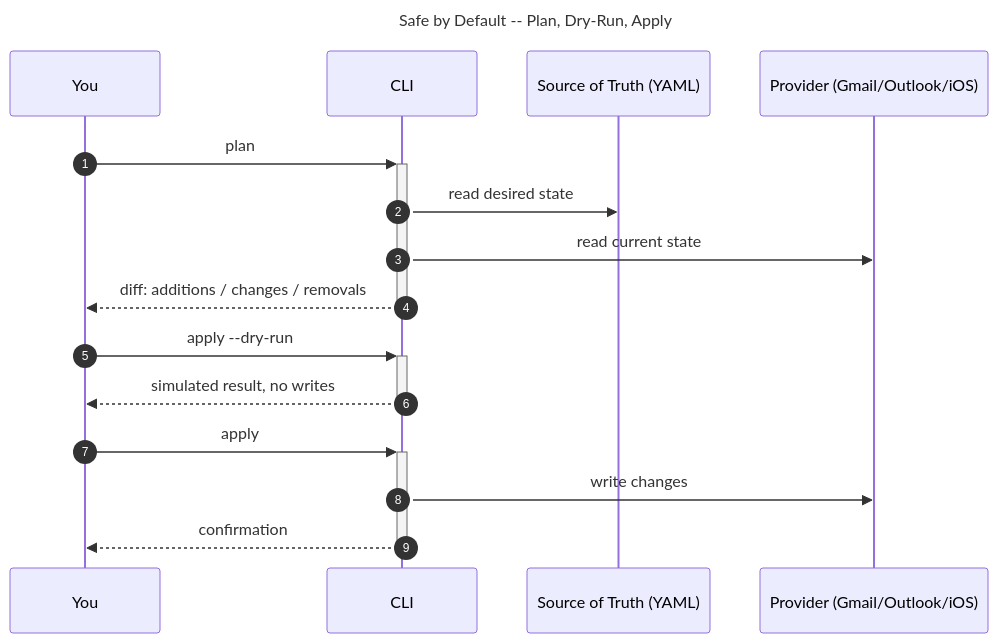
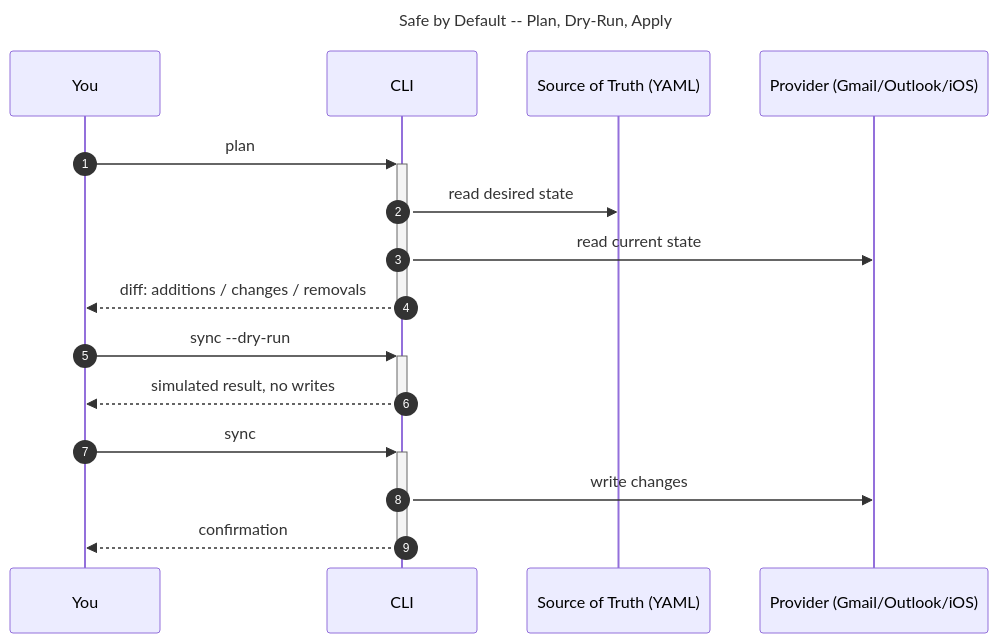
One commit to dancing-bear-show/dancing-bear changed the diagram in GETTING_STARTED.md. Above: the diagram before and after it, drawn with Mermaid. The commit also changed 1 other file, not shown here.

Commit message:
docs: address PR feedback on diagram accuracy
- Remove desk/ from the architecture diagram: it's not reachable via
  ./bin/assistant (not in core/assistant_cli.py APP_MODULES) or a
  bin/* wrapper.
- Fix dispatch edges: ./bin/assistant and bin/* wrappers are two
  independent entry points that each import the domain module
  directly; assistant does not route through the wrappers.
- Align the plan/dry-run/apply sequence diagram's verbs (sync,
  sync --dry-run) with the CLI commands used in the surrounding docs.

````diff
--- a/GETTING_STARTED.md
+++ b/GETTING_STARTED.md
@@ -256,23 +256,23 @@
 ```mermaid
 ---
 title: Safe by Default -- Plan, Dry-Run, Apply
 ---
 sequenceDiagram
     autonumber
     participant U as You
     participant C as CLI
     participant S as Source of Truth (YAML)
     participant P as Provider (Gmail/Outlook/iOS)
     U->>+C: plan
     C->>S: read desired state
     C->>P: read current state
     C-->>U: diff: additions / changes / removals
     deactivate C
-    U->>+C: apply --dry-run
+    U->>+C: sync --dry-run
     C-->>U: simulated result, no writes
     deactivate C
-    U->>+C: apply
+    U->>+C: sync
     C->>P: write changes
     C-->>U: confirmation
     deactivate C
 ```
````
